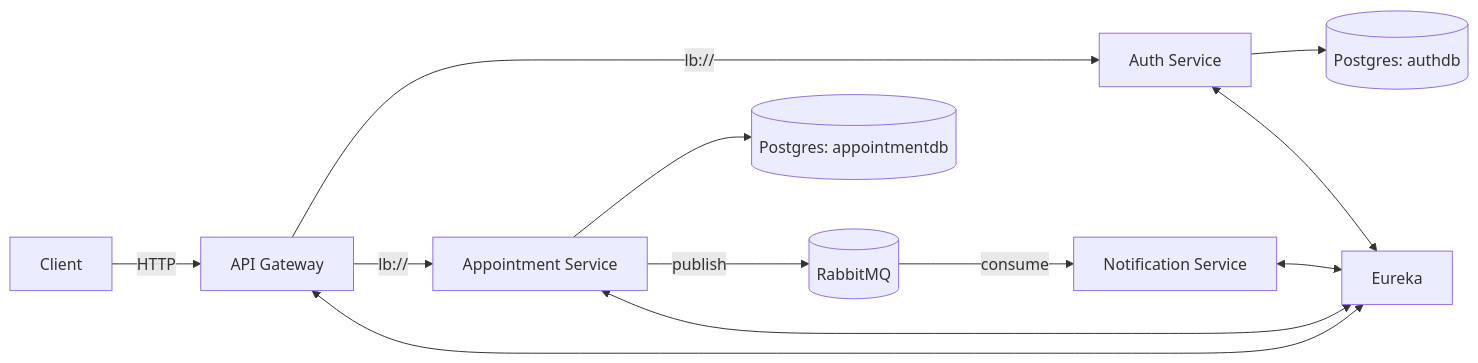
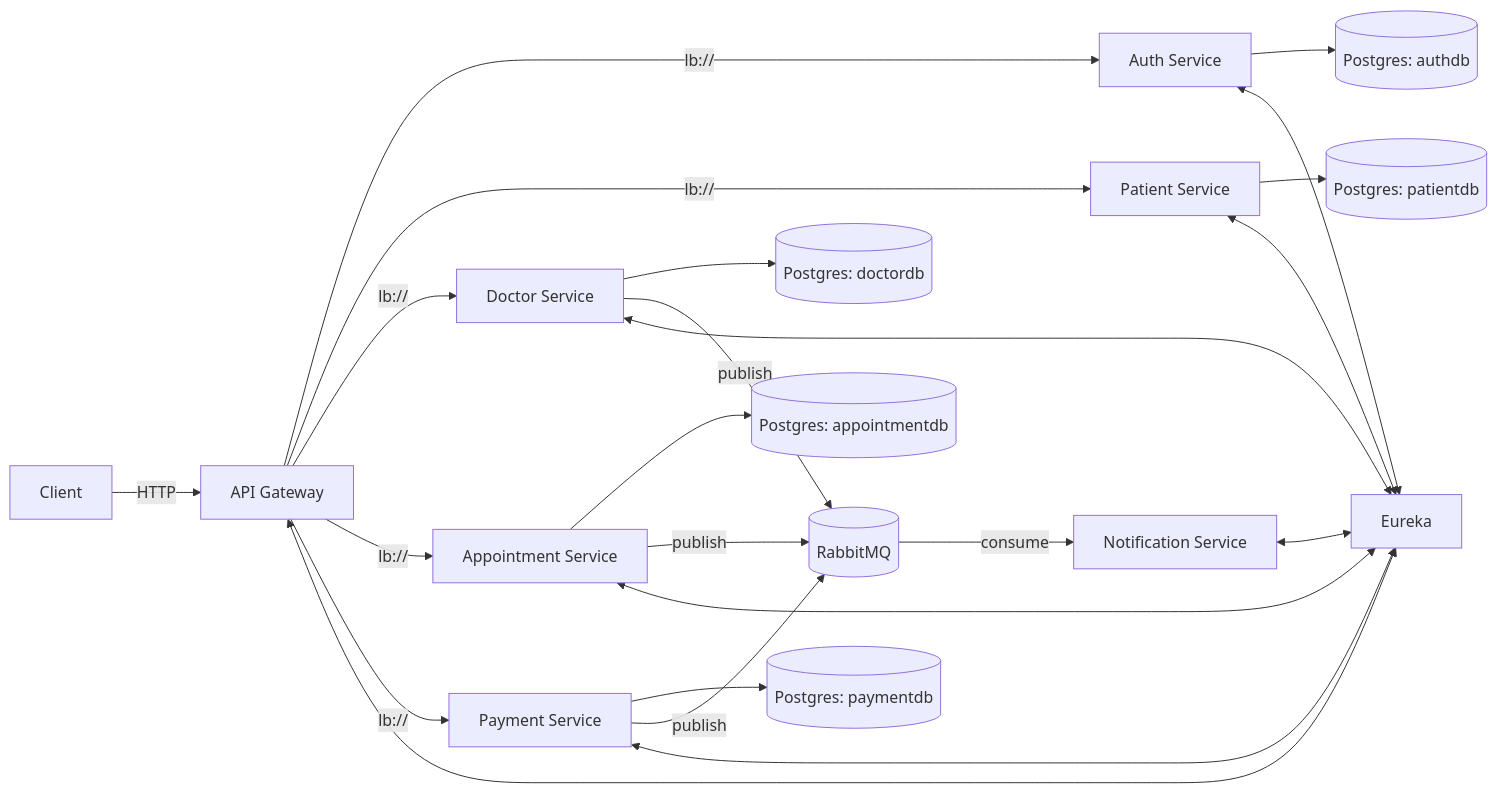
The first of 2 diagrams in docs/architecture.md (SupunPrabodha/Med_Link), drawn with Mermaid before and after one commit. The commit also changed other lines of this file and 226 other files, not shown here.

````diff
--- a/docs/architecture.md
+++ b/docs/architecture.md
@@ -16,15 +19,26 @@
 ```mermaid
 flowchart LR
   Client -->|HTTP| GW[API Gateway]
   GW -->|lb://| Auth[Auth Service]
+  GW -->|lb://| Pat[Patient Service]
+  GW -->|lb://| Doc[Doctor Service]
   GW -->|lb://| Appt[Appointment Service]
+  GW -->|lb://| Pay[Payment Service]
   Auth --> AuthDB[(Postgres: authdb)]
+  Pat --> PatDB[(Postgres: patientdb)]
+  Doc --> DocDB[(Postgres: doctordb)]
   Appt --> ApptDB[(Postgres: appointmentdb)]
+  Pay --> PayDB[(Postgres: paymentdb)]
   Appt -->|publish| MQ[(RabbitMQ)]
+  Pay -->|publish| MQ
+  Doc -->|publish| MQ
   MQ -->|consume| Notif[Notification Service]
 
   GW <--> Disc[Eureka]
   Auth <--> Disc
+  Pat <--> Disc
+  Doc <--> Disc
   Appt <--> Disc
+  Pay <--> Disc
   Notif <--> Disc
 ```
````
